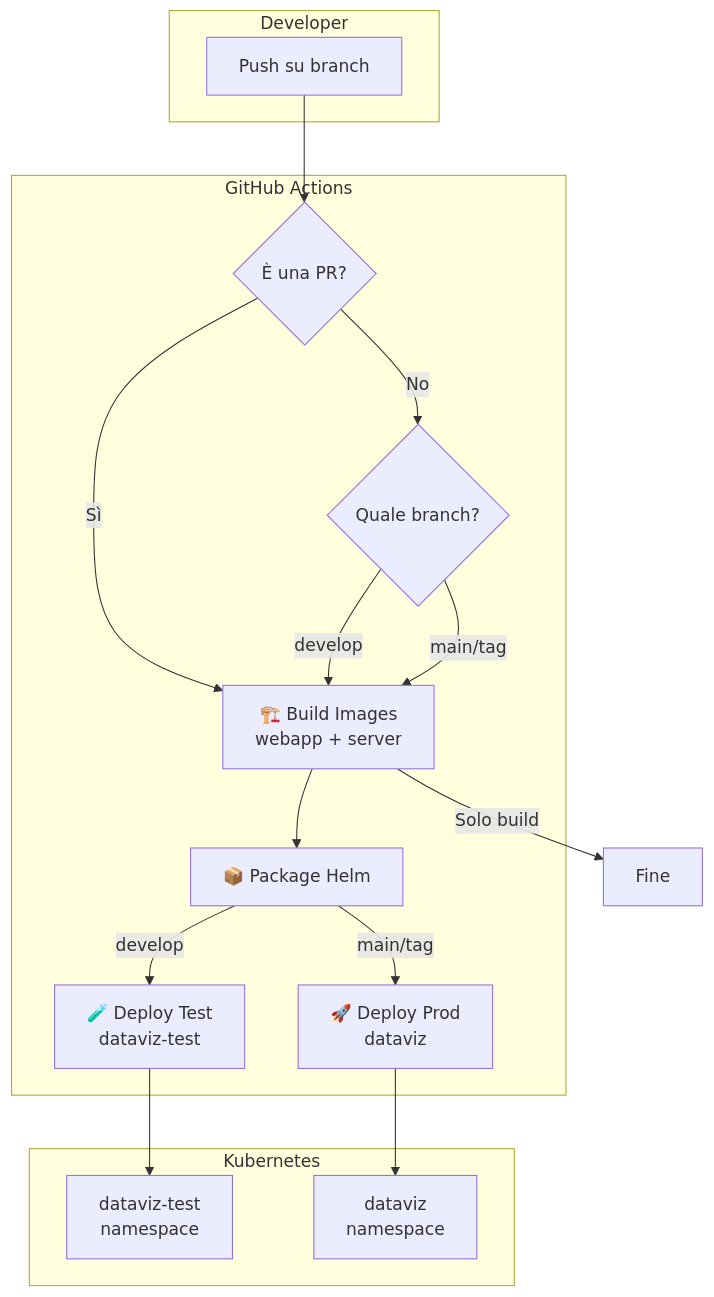
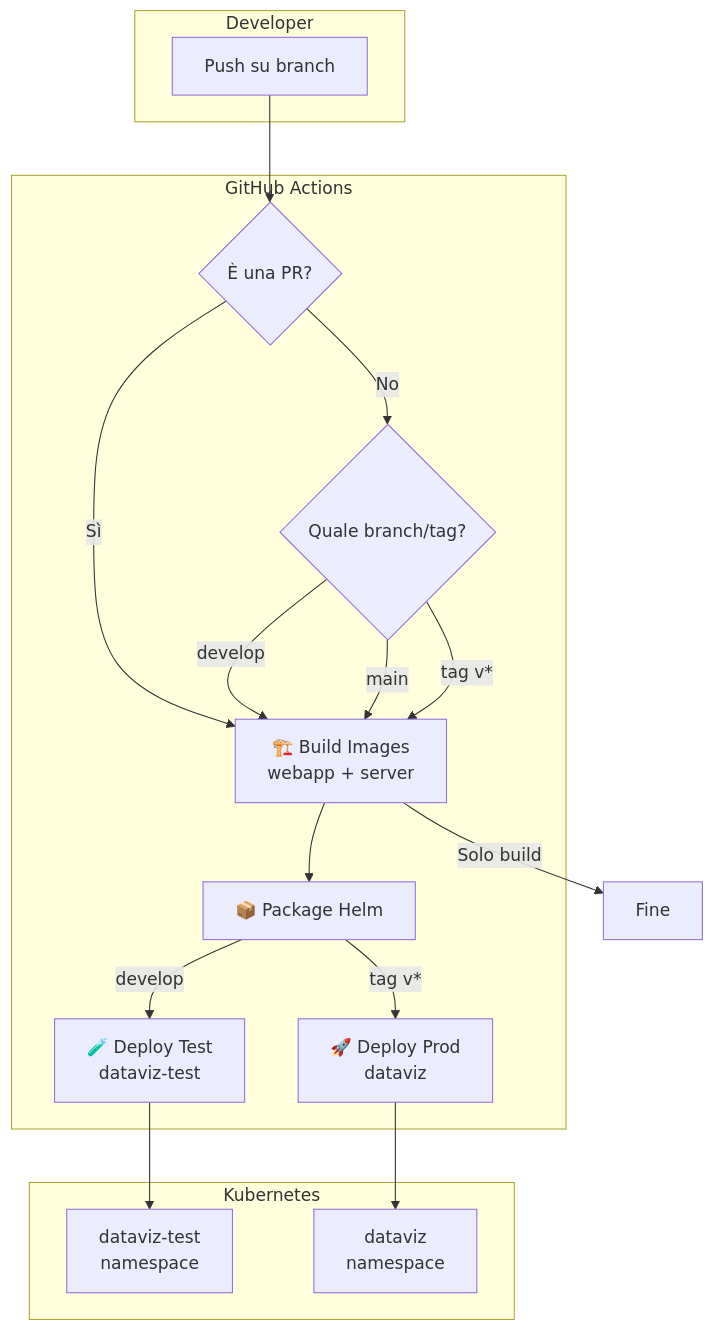
One commit to italia/graph-italia changed the tenth of 15 diagrams in README.md. Above: the diagram before and after it, drawn with Mermaid. The commit also changed other lines of this file, not shown here.

First line of the commit message:
docs: update GitFlow to reflect tag-based production deployments

````diff
--- a/README.md
+++ b/README.md
@@ -830,38 +837,39 @@
 ```mermaid
 flowchart TB
     subgraph "Developer"
         Dev[Push su branch]
     end
 
     subgraph "GitHub Actions"
         PR{È una PR?}
-        Branch{Quale branch?}
+        Branch{Quale branch/tag?}
 
         Build[🏗️ Build Images<br/>webapp + server]
         Helm[📦 Package Helm]
 
         DeployTest[🧪 Deploy Test<br/>dataviz-test]
         DeployProd[🚀 Deploy Prod<br/>dataviz]
     end
 
     subgraph "Kubernetes"
         Test[dataviz-test<br/>namespace]
         Prod[dataviz<br/>namespace]
     end
 
     Dev --> PR
     PR -->|Sì| Build
     Build -->|Solo build| End[Fine]
 
     PR -->|No| Branch
     Branch -->|develop| Build
-    Branch -->|main/tag| Build
+    Branch -->|main| Build
+    Branch -->|tag v*| Build
 
     Build --> Helm
 
     Helm -->|develop| DeployTest
-    Helm -->|main/tag| DeployProd
+    Helm -->|tag v*| DeployProd
 
     DeployTest --> Test
     DeployProd --> Prod
 ```
````
